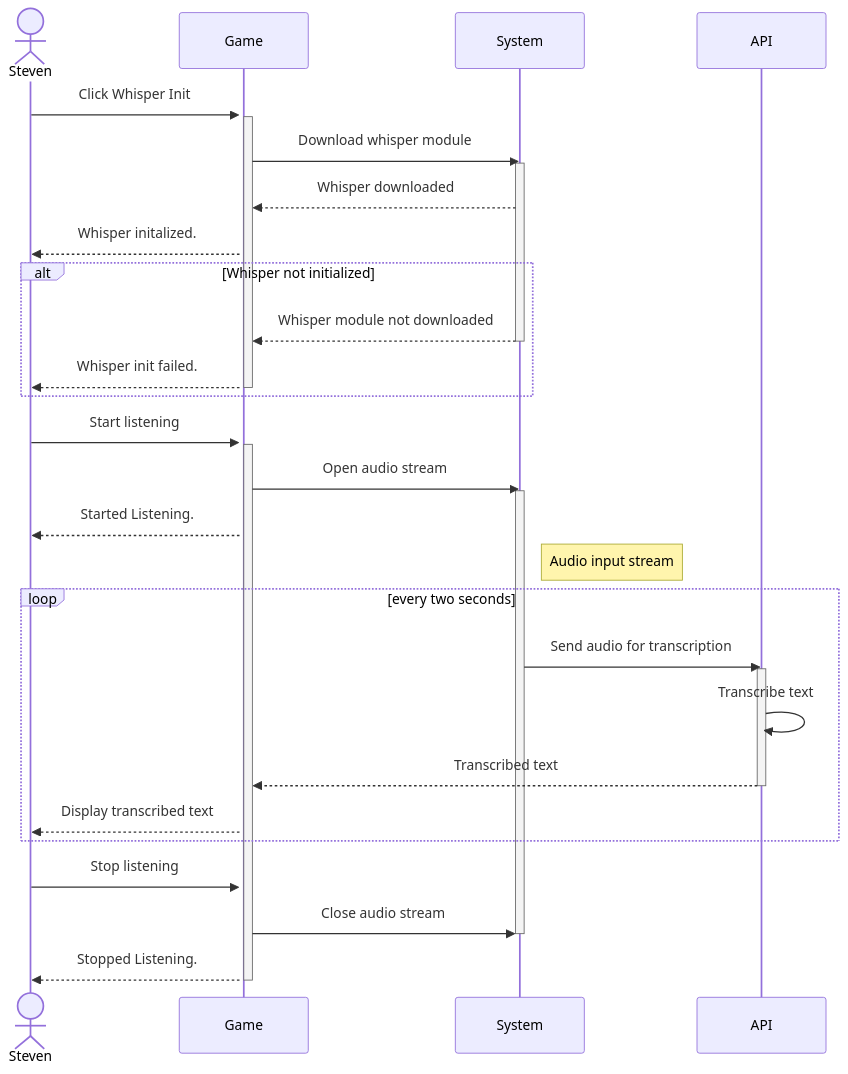
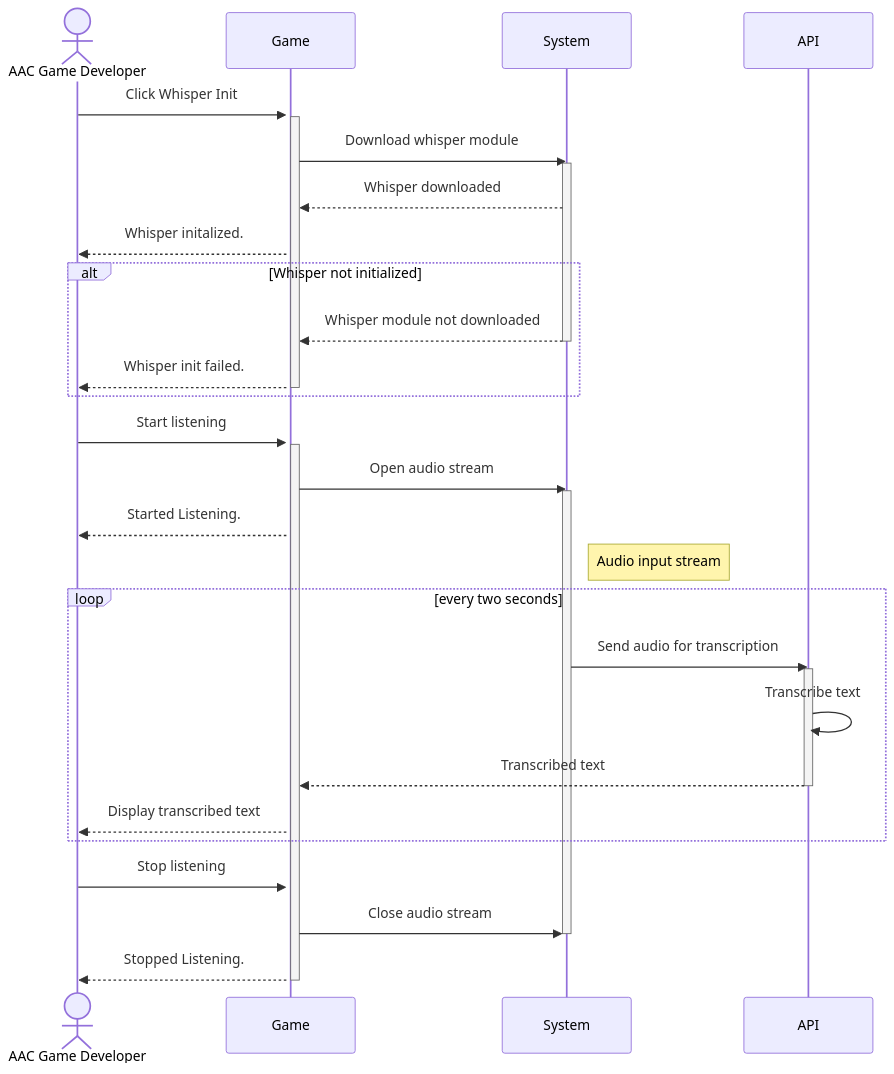
Before and after one commit to Capstone-Projects-2025-Fall/project-001-aac-api: the first of 8 diagrams in documentation/docs/system-architecture/sequence-diagrams.md, drawn with Mermaid. The commit also changed other lines of this file, not shown here.

Commit message:
Updating Sequence Diagrams

````diff
--- a/documentation/docs/system-architecture/sequence-diagrams.md
+++ b/documentation/docs/system-architecture/sequence-diagrams.md
@@ -9,42 +9,42 @@
 ```mermaid
 sequenceDiagram
-    actor Steven
+    actor AAC Game Developer
     participant Game
     participant System
     participant API
     
     activate Game
-    Steven->>Game: Click Whisper Init
+    AAC Game Developer->>Game: Click Whisper Init
     activate Game
     Game->>System: Download whisper module
     activate System
     System-->>Game: Whisper downloaded
-    Game-->>Steven: Whisper initalized.
+    Game-->>AAC Game Developer: Whisper initalized.
         
     alt Whisper not initialized
         System-->>Game: Whisper module not downloaded
         deactivate System
-        Game-->> Steven: Whisper init failed.
+        Game-->> AAC Game Developer: Whisper init failed.
         deactivate Game
     end
 
-    Steven->>Game: Start listening
+    AAC Game Developer->>Game: Start listening
     activate Game
     Game->>System: Open audio stream
     activate System
-    Game-->>Steven: Started Listening.
+    Game-->>AAC Game Developer: Started Listening.
     Note right of System: Audio input stream
     loop every two seconds
         System->>API: Send audio for transcription
         activate API
         API->>API: Transcribe text
         API-->>Game: Transcribed text
         deactivate API
-        Game-->>Steven: Display transcribed text
+        Game-->>AAC Game Developer: Display transcribed text
     end
-    Steven->>Game: Stop listening
+    AAC Game Developer->>Game: Stop listening
     Game->>System: Close audio stream
     deactivate System
-    Game-->>Steven: Stopped Listening.
+    Game-->>AAC Game Developer: Stopped Listening.
     deactivate Game
 ```
````
